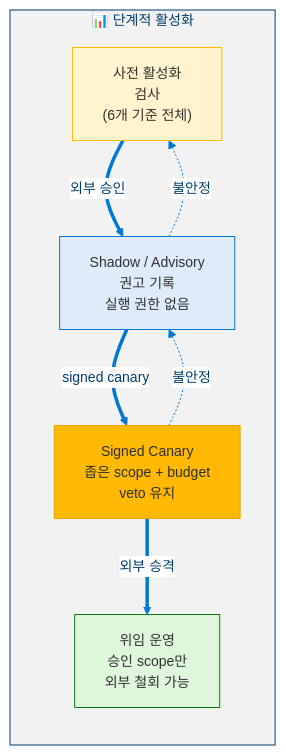
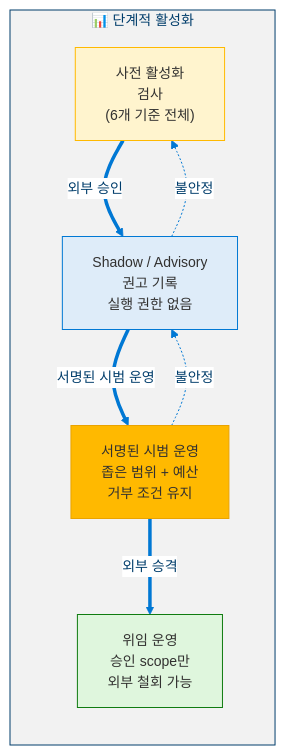
Diagram 16 of 17 in docs/levels/Level_4_8_Strategic_Self_Modeling.ko.md (dotnetpower/mscp), drawn with Mermaid before and after one commit. The commit also changed other lines of this file and 33 other files, not shown here.

````diff
--- a/docs/levels/Level_4_8_Strategic_Self_Modeling.ko.md
+++ b/docs/levels/Level_4_8_Strategic_Self_Modeling.ko.md
@@ -1137,22 +1149,22 @@
 ```mermaid
 %%{init: {'theme': 'base', 'themeVariables': {'primaryColor': '#0078D4', 'primaryTextColor': '#003D6B', 'primaryBorderColor': '#003D6B', 'secondaryColor': '#50E6FF', 'secondaryTextColor': '#323130', 'secondaryBorderColor': '#00BCF2', 'tertiaryColor': '#F2F2F2', 'tertiaryTextColor': '#323130', 'lineColor': '#0078D4', 'textColor': '#323130', 'mainBkg': '#DEECF9', 'nodeBorder': '#0078D4', 'clusterBkg': '#F2F2F2', 'clusterBorder': '#003D6B', 'titleColor': '#003D6B', 'edgeLabelBackground': '#FFFFFF', 'fontSize': '14px'}}}%%
 flowchart LR
   classDef check fill:#FFF4CE,stroke:#FFB900,color:#323130
   classDef advisory fill:#DEECF9,stroke:#0078D4,color:#323130
   classDef half fill:#FFB900,stroke:#EAA300,color:#323130
   classDef full fill:#DFF6DD,stroke:#107C10,color:#323130
 
   subgraph Activation["📊 단계적 활성화"]
     CHECK["사전 활성화<br/>검사<br/>(6개 기준 전체)"]:::check
     ADV["Shadow / Advisory<br/>권고 기록<br/>실행 권한 없음"]:::advisory
-    HALF["Signed Canary<br/>좁은 scope + budget<br/>veto 유지"]:::half
+    HALF["서명된 시범 운영<br/>좁은 범위 + 예산<br/>거부 조건 유지"]:::half
     FULL["위임 운영<br/>승인 scope만<br/>외부 철회 가능"]:::full
 
     CHECK ==>|"외부 승인"| ADV
-    ADV ==>|"signed canary"| HALF
+    ADV ==>|"서명된 시범 운영"| HALF
     HALF ==>|"외부 승격"| FULL
   end
 
   ADV -.->|"불안정"| CHECK
   HALF -.->|"불안정"| ADV
 ```
````
